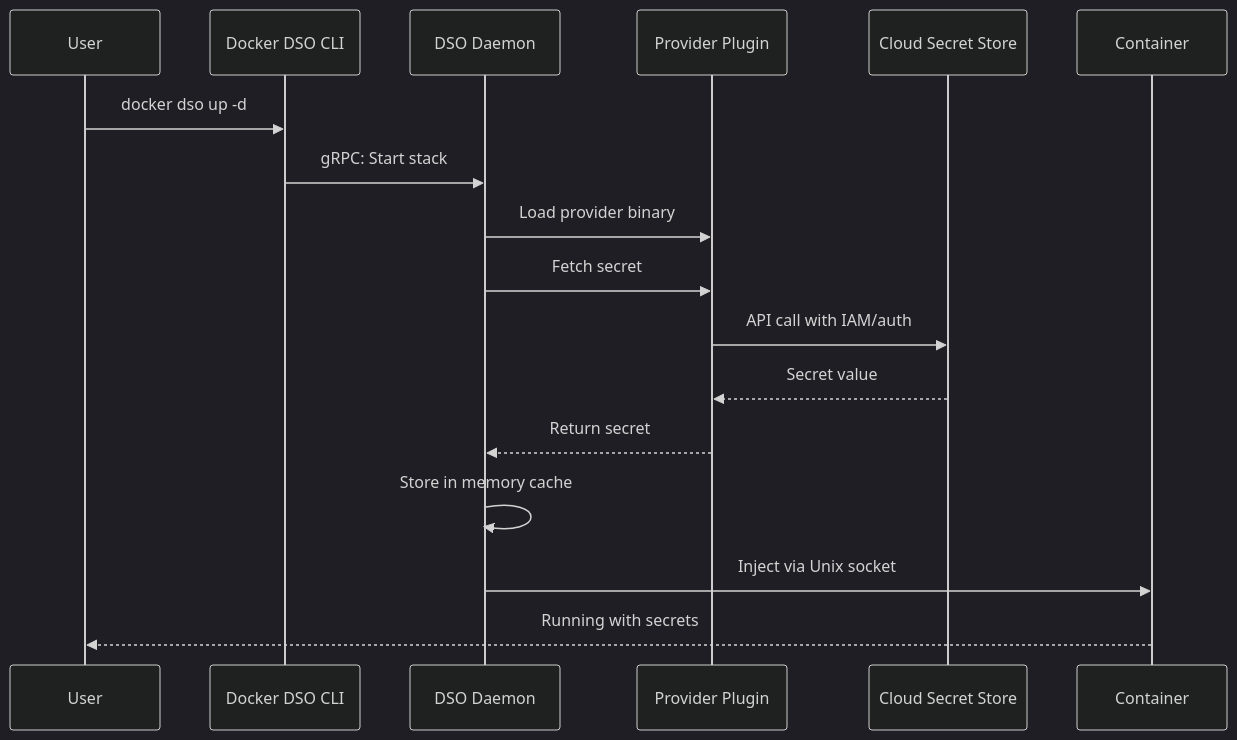
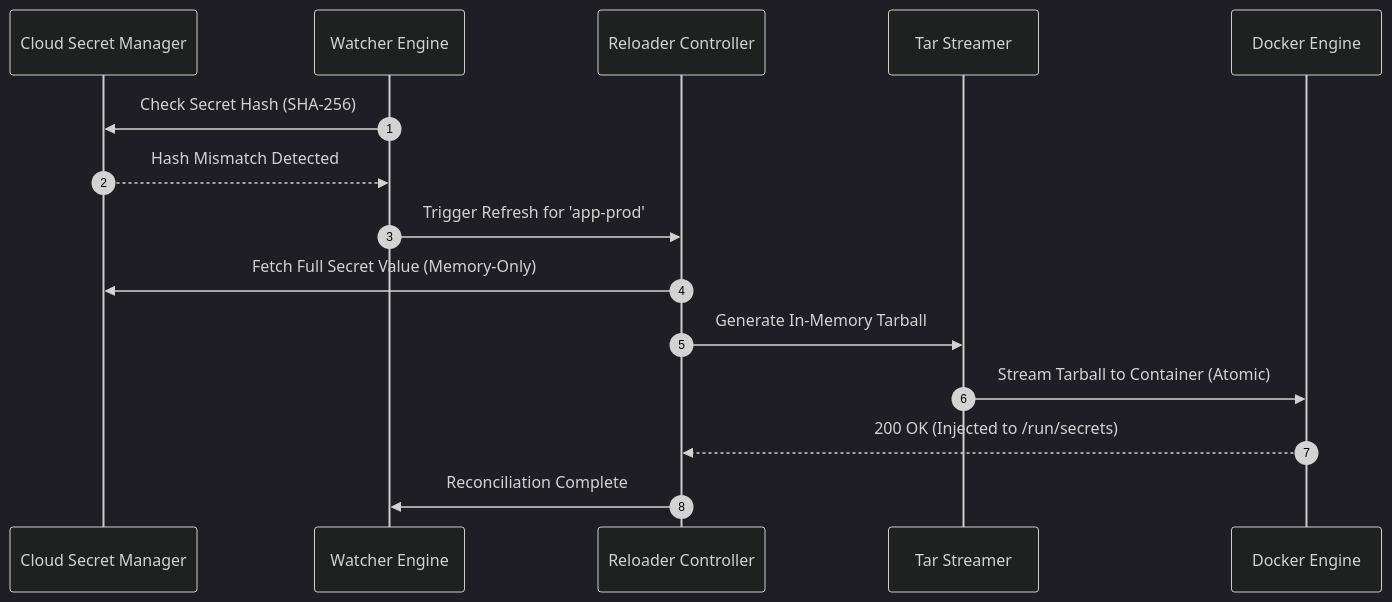
Before and after one commit to umairmd385/docker-secret-operator: the first of 2 diagrams in docs/guide/architecture.md, drawn with Mermaid (dark theme). The commit also changed other lines of this file and 22 other files, not shown here.

````diff
--- a/docs/guide/architecture.md
+++ b/docs/guide/architecture.md
@@ -67,20 +36,18 @@
 ```mermaid
 sequenceDiagram
-    participant User
-    participant CLI as Docker DSO CLI
-    participant Daemon as DSO Daemon
-    participant Plugin as Provider Plugin
-    participant Cloud as Cloud Secret Store
-    participant Container
-    
-    User->>CLI: docker dso up -d
-    CLI->>Daemon: gRPC: Start stack
-    Daemon->>Plugin: Load provider binary
-    Daemon->>Plugin: Fetch secret
-    Plugin->>Cloud: API call with IAM/auth
-    Cloud-->>Plugin: Secret value
-    Plugin-->>Daemon: Return secret
-    Daemon->>Daemon: Store in memory cache
-    Daemon->>Container: Inject via Unix socket
-    Container-->>User: Running with secrets
+    autonumber
+    participant Vault as Cloud Secret Manager
+    participant Watcher as Watcher Engine
+    participant Reloader as Reloader Controller
+    participant Streamer as Tar Streamer
+    participant Docker as Docker Engine
+
+    Watcher->>Vault: Check Secret Hash (SHA-256)
+    Vault-->>Watcher: Hash Mismatch Detected
+    Watcher->>Reloader: Trigger Refresh for 'app-prod'
+    Reloader->>Vault: Fetch Full Secret Value (Memory-Only)
+    Reloader->>Streamer: Generate In-Memory Tarball
+    Streamer->>Docker: Stream Tarball to Container (Atomic)
+    Docker-->>Reloader: 200 OK (Injected to /run/secrets)
+    Reloader->>Watcher: Reconciliation Complete
 ```
````
